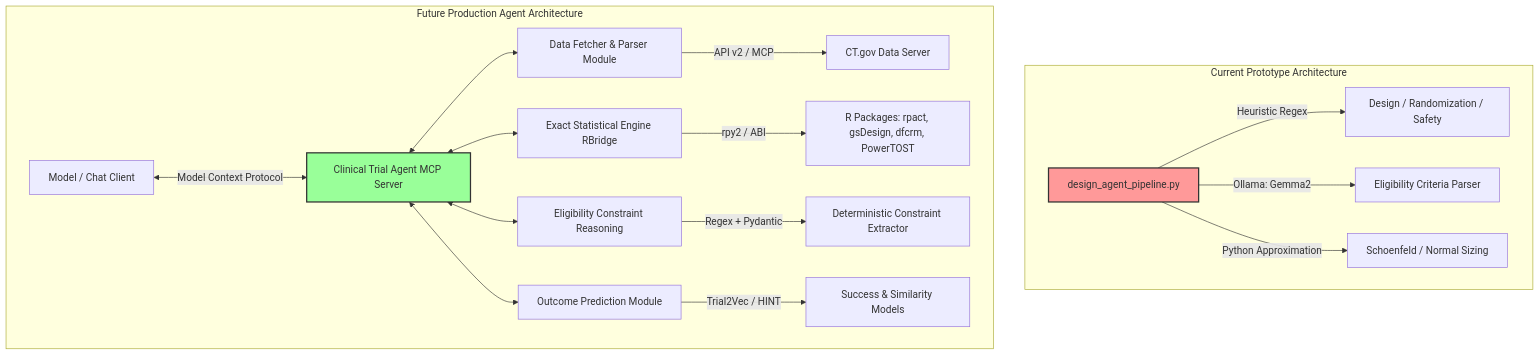
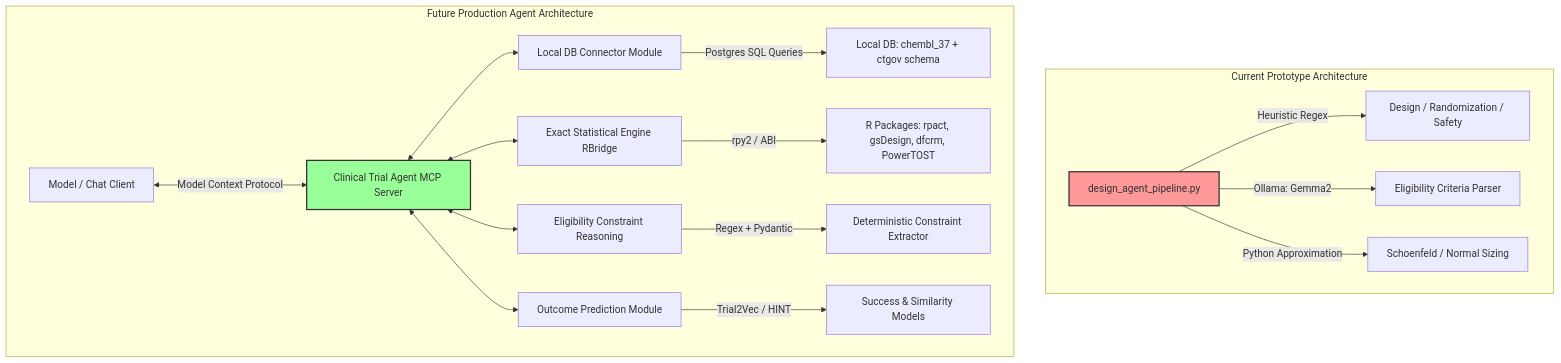
One commit to leelasd/local_clintrial_agent changed the first of 2 diagrams in roadmap_local_clinical_agent.md. Above: the diagram before and after it, drawn with Mermaid. The commit also changed other lines of this file, not shown here.

Commit message:
docs: pivot roadmap to prioritize local PostgreSQL clinical trials database (AACT + ChEMBL)

````diff
--- a/roadmap_local_clinical_agent.md
+++ b/roadmap_local_clinical_agent.md
@@ -13,29 +13,29 @@
 ```mermaid
 graph TD
     %% Current State
     subgraph "Current Prototype Architecture"
         A[design_agent_pipeline.py] -->|Heuristic Regex| B[Design / Randomization / Safety]
         A -->|Ollama: Gemma2| C[Eligibility Criteria Parser]
         A -->|Python Approximation| D[Schoenfeld / Normal Sizing]
     end
 
     %% Future State
     subgraph "Future Production Agent Architecture"
         E[Model / Chat Client] <-->|Model Context Protocol| F[Clinical Trial Agent MCP Server]
         
         %% Core Core Modules
-        F <--> G[Data Fetcher & Parser Module]
+        F <--> G[Local DB Connector Module]
         F <--> H[Exact Statistical Engine RBridge]
         F <--> I[Eligibility Constraint Reasoning]
         F <--> J[Outcome Prediction Module]
         
-        %% External Integrations
-        G -->|API v2 / MCP| K[CT.gov Data Server]
+        %% Database Integrations
+        G -->|Postgres SQL Queries| K[Local DB: chembl_37 + ctgov schema]
         H -->|rpy2 / ABI| L[R Packages: rpact, gsDesign, dfcrm, PowerTOST]
         I -->|Regex + Pydantic| M[Deterministic Constraint Extractor]
         J -->|Trial2Vec / HINT| N[Success & Similarity Models]
     end
 
     style A fill:#ff9999,stroke:#333,stroke-width:2px
     style F fill:#99ff99,stroke:#333,stroke-width:2px
 ```
````
